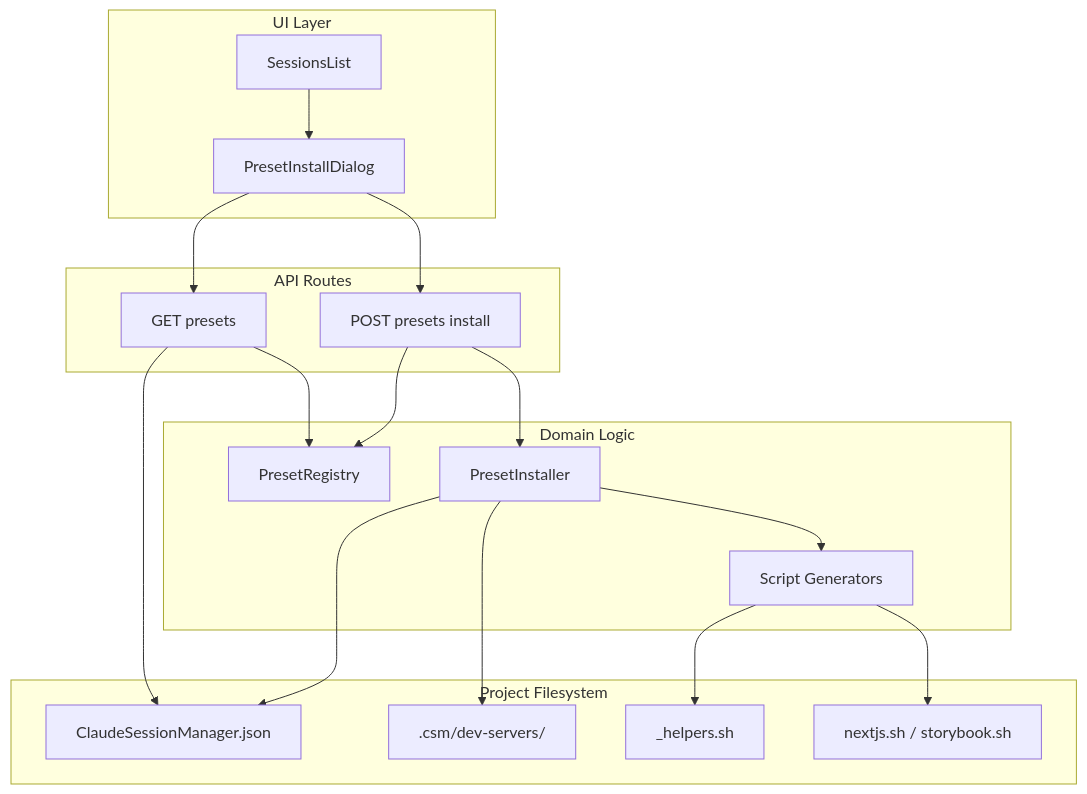
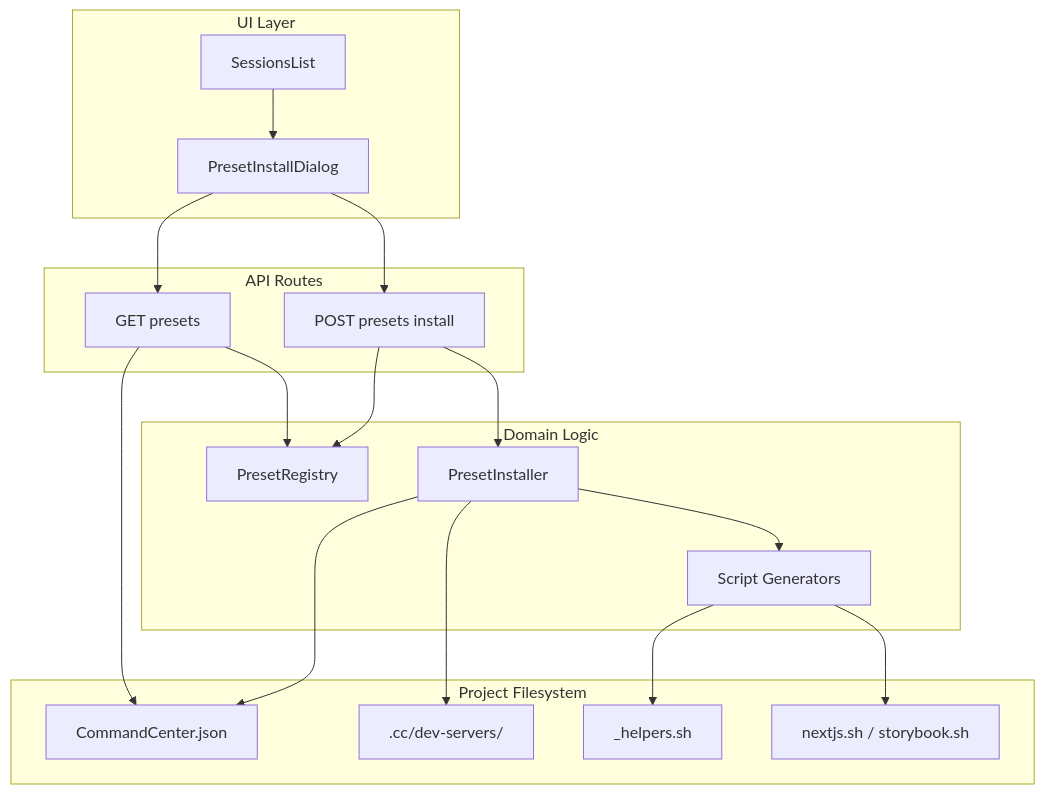
Before and after one commit to amhuppert/remote-ai-manager: the sixth of 8 diagrams in .kiro/specs/dev-server-automation/design.md, drawn with Mermaid. The commit also changed other lines of this file and 141 other files, not shown here.

````diff
--- a/.kiro/specs/dev-server-automation/design.md
+++ b/.kiro/specs/dev-server-automation/design.md
@@ -704,40 +704,40 @@
 ```mermaid
 graph TB
     subgraph UI[UI Layer]
         Dialog[PresetInstallDialog]
         SList[SessionsList]
     end
 
     subgraph API[API Routes]
         GetPresets[GET presets]
         InstallPreset[POST presets install]
     end
 
     subgraph Core[Domain Logic]
         PresetRegistry[PresetRegistry]
         PresetInstaller[PresetInstaller]
         ScriptGen[Script Generators]
     end
 
     subgraph FileSystem[Project Filesystem]
-        ConfigFile[ClaudeSessionManager.json]
-        ScriptDir[.csm/dev-servers/]
+        ConfigFile[CommandCenter.json]
+        ScriptDir[.cc/dev-servers/]
         HelperScript[_helpers.sh]
         PresetScript[nextjs.sh / storybook.sh]
     end
 
     SList --> Dialog
     Dialog --> GetPresets
     Dialog --> InstallPreset
 
     GetPresets --> PresetRegistry
     GetPresets --> ConfigFile
     InstallPreset --> PresetRegistry
     InstallPreset --> PresetInstaller
 
     PresetInstaller --> ScriptGen
     PresetInstaller --> ConfigFile
     PresetInstaller --> ScriptDir
     ScriptGen --> HelperScript
     ScriptGen --> PresetScript
 ```
````
